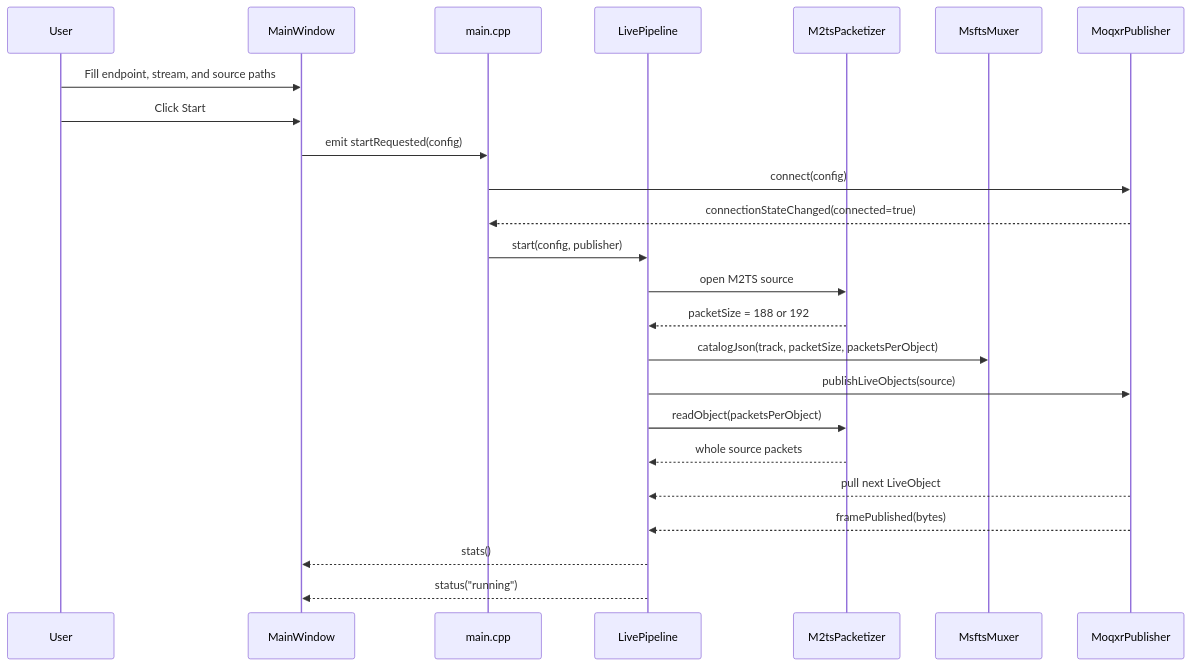
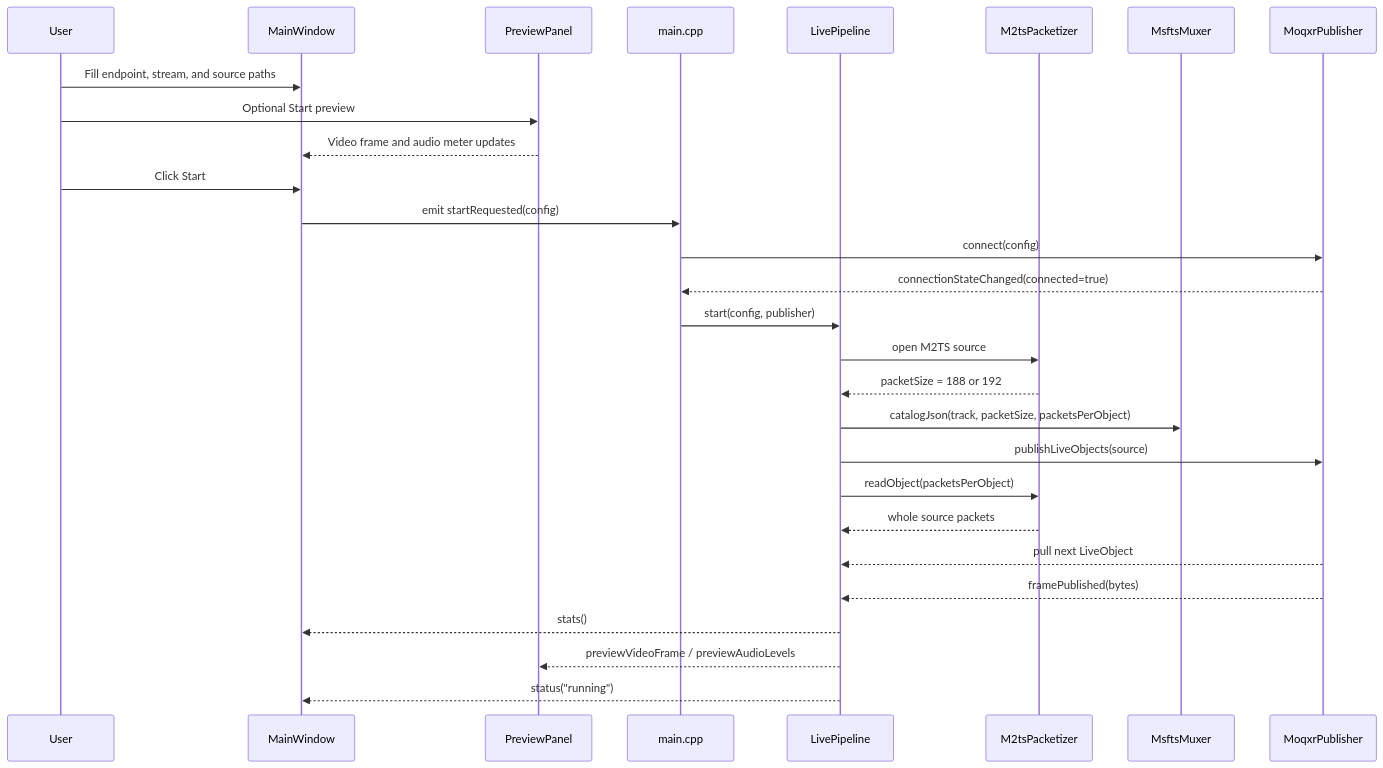
One commit to mondain/moq2ts changed the first of 6 diagrams in docs/sequence-diagrams.md. Above: the diagram before and after it, drawn with Mermaid. The commit also changed other lines of this file and 2 other files, not shown here.

Commit message:
Update developer docs for preview and relay modes

````diff
--- a/docs/sequence-diagrams.md
+++ b/docs/sequence-diagrams.md
@@ -5,27 +5,31 @@
 ```mermaid
 sequenceDiagram
     participant User
     participant UI as MainWindow
+    participant Prev as PreviewPanel
     participant App as main.cpp
     participant Pipe as LivePipeline
     participant Pkt as M2tsPacketizer
     participant Mux as MsftsMuxer
     participant Pub as MoqxrPublisher
 
     User->>UI: Fill endpoint, stream, and source paths
+    User->>Prev: Optional Start preview
+    Prev-->>UI: Video frame and audio meter updates
     User->>UI: Click Start
     UI->>App: emit startRequested(config)
     App->>Pub: connect(config)
     Pub-->>App: connectionStateChanged(connected=true)
     App->>Pipe: start(config, publisher)
     Pipe->>Pkt: open M2TS source
     Pkt-->>Pipe: packetSize = 188 or 192
     Pipe->>Mux: catalogJson(track, packetSize, packetsPerObject)
     Pipe->>Pub: publishLiveObjects(source)
     Pipe->>Pkt: readObject(packetsPerObject)
     Pkt-->>Pipe: whole source packets
     Pub-->>Pipe: pull next LiveObject
     Pub-->>Pipe: framePublished(bytes)
     Pipe-->>UI: stats()
+    Pipe-->>Prev: previewVideoFrame / previewAudioLevels
     Pipe-->>UI: status("running")
 ```
````
